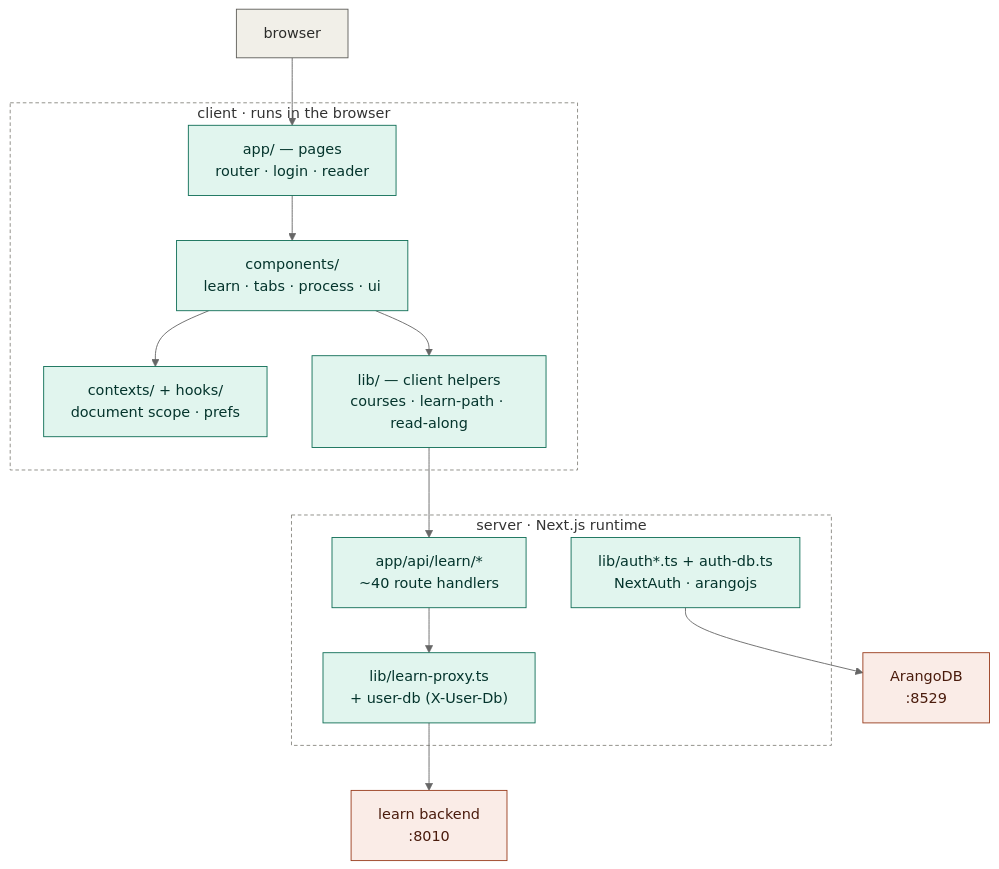
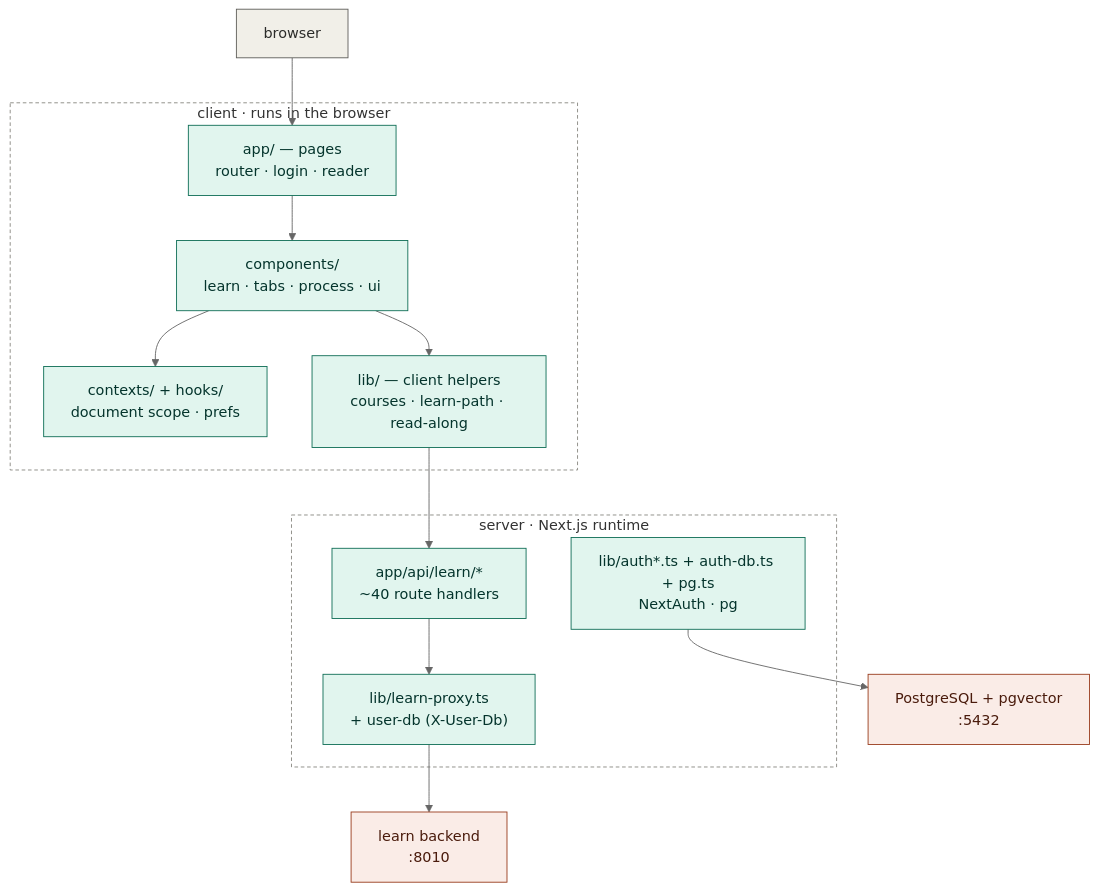
The third of 4 diagrams in MAP.md (Aiden-Ferrante/learnhub-core), drawn with Mermaid (neutral theme) before and after one commit. The commit also changed other lines of this file and 3 other files, not shown here.

First line of the commit message:
Refresh MAP.md + ARCHITECTURE.md for the Postgres migration

````diff
--- a/MAP.md
+++ b/MAP.md
@@ -249,46 +249,46 @@
 ```mermaid
 flowchart TD
   browser["browser"]
 
   subgraph client["client · runs in the browser"]
     pages["app/ — pages<br/>router · login · reader"]
     components["components/<br/>learn · tabs · process · ui"]
     state["contexts/ + hooks/<br/>document scope · prefs"]
     libc["lib/ — client helpers<br/>courses · learn-path · read-along"]
   end
 
   subgraph server["server · Next.js runtime"]
     apiroutes["app/api/learn/*<br/>~40 route handlers"]
     proxy["lib/learn-proxy.ts<br/>+ user-db (X-User-Db)"]
-    authlib["lib/auth*.ts + auth-db.ts<br/>NextAuth · arangojs"]
+    authlib["lib/auth*.ts + auth-db.ts + pg.ts<br/>NextAuth · pg"]
   end
 
   backend["learn backend<br/>:8010"]
-  arango["ArangoDB<br/>:8529"]
+  pgdb["PostgreSQL + pgvector<br/>:5432"]
 
   browser --> pages
   pages --> components
   components --> state
   components --> libc
   libc --> apiroutes
   apiroutes --> proxy
   proxy --> backend
-  authlib --> arango
+  authlib --> pgdb
 
   classDef ext fill:#F1EFE8,stroke:#5F5E5A,color:#2C2C2A;
   classDef code fill:#E1F5EE,stroke:#0F6E56,color:#04342C;
   classDef svc fill:#FAECE7,stroke:#993C1D,color:#4A1B0C;
   class browser ext;
   class pages,components,state,libc,apiroutes,proxy,authlib code;
-  class backend,arango svc;
+  class backend,pgdb svc;
   style client fill:none,stroke:#888780,stroke-dasharray:4 3;
   style server fill:none,stroke:#888780,stroke-dasharray:4 3;
 
   click pages "https://github.com/Aiden-Ferrante/learnhub/tree/main/frontend/app"
   click components "https://github.com/Aiden-Ferrante/learnhub/tree/main/frontend/components"
   click state "https://github.com/Aiden-Ferrante/learnhub/tree/main/frontend/contexts"
   click libc "https://github.com/Aiden-Ferrante/learnhub/tree/main/frontend/lib"
   click apiroutes "https://github.com/Aiden-Ferrante/learnhub/tree/main/frontend/app/api/learn"
   click proxy "https://github.com/Aiden-Ferrante/learnhub/blob/main/frontend/lib/learn-proxy.ts"
   click authlib "https://github.com/Aiden-Ferrante/learnhub/blob/main/frontend/lib/auth-db.ts"
 ```
````
